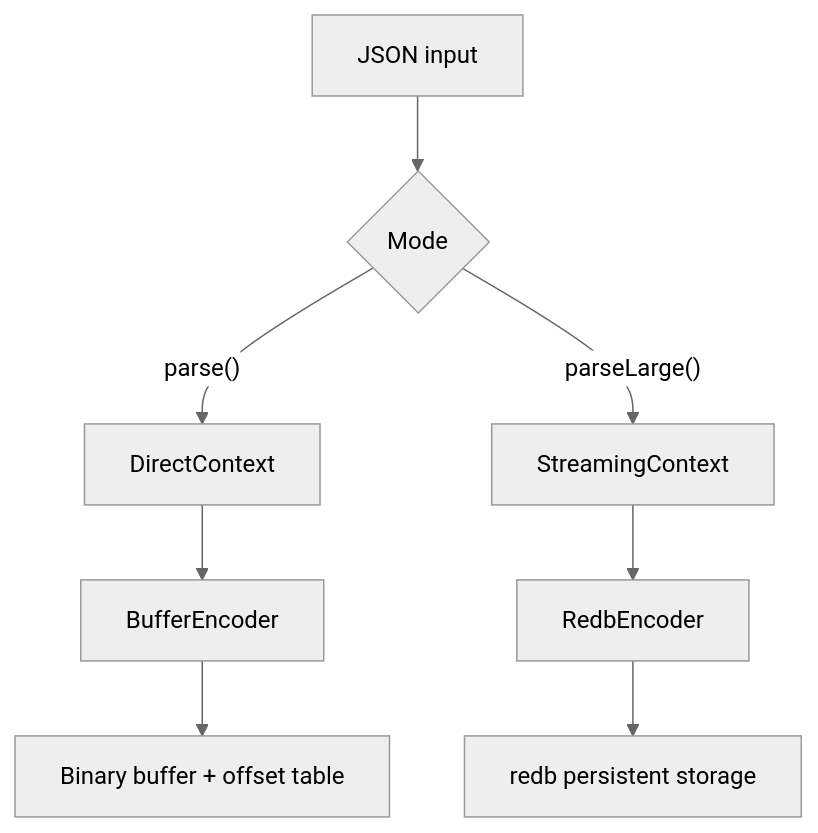
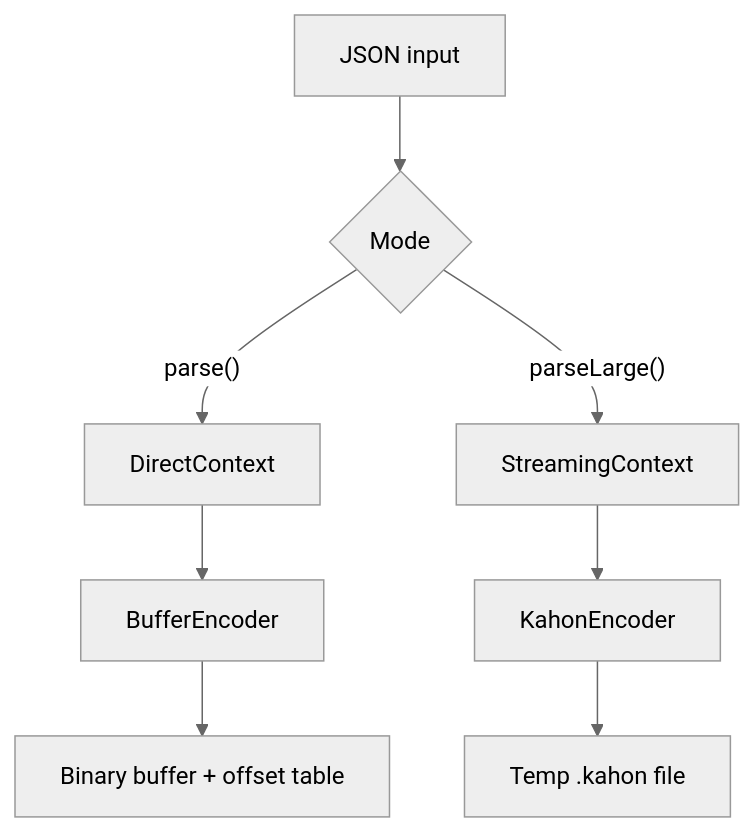
One commit to jankdc/atchara changed the diagram in docs/architecture/native-architecture.md. Above: the diagram before and after it, drawn with Mermaid (neutral theme). The commit also changed other lines of this file and 49 other files, not shown here.

````diff
--- a/docs/architecture/native-architecture.md
+++ b/docs/architecture/native-architecture.md
@@ -7,10 +7,10 @@
 ```mermaid
 flowchart TD
     A[JSON input] --> B{Mode}
     B -->|"parse()"| C[DirectContext]
     B -->|"parseLarge()"| D[StreamingContext]
     C --> E[BufferEncoder]
-    D --> F[RedbEncoder]
+    D --> F[KahonEncoder]
     E --> G[Binary buffer + offset table]
-    F --> H[redb persistent storage]
+    F --> H[Temp .kahon file]
 ```
````
